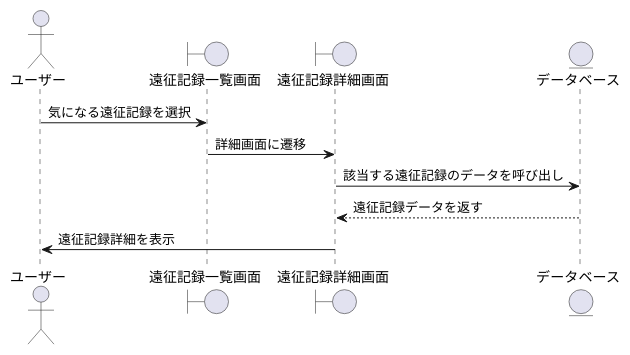
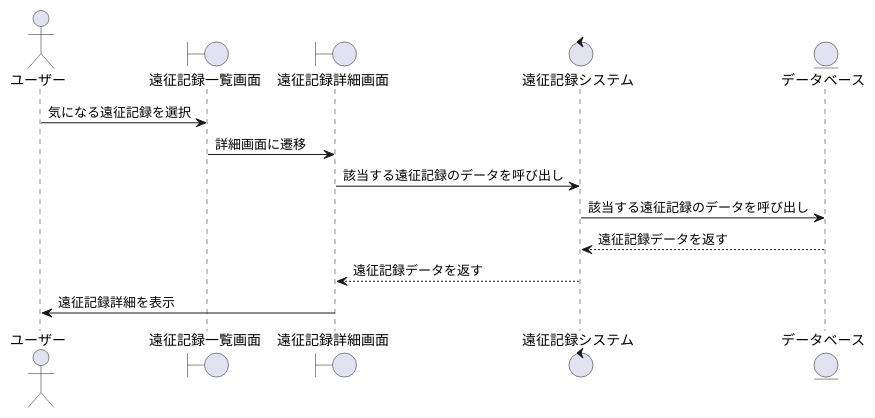
Before and after one commit to shoken3207/sotsuken: the diagram in シーケンス図/遠征記録/閲覧.pu, drawn with PlantUML. The commit also changed 7 other files, not shown here.

```diff
--- a/シーケンス図/遠征記録/閲覧.pu
+++ b/シーケンス図/遠征記録/閲覧.pu
@@ -1,13 +1,16 @@
 @startuml
 actor ユーザー as User
 boundary "遠征記録一覧画面" as ExpeditionList
 boundary "遠征記録詳細画面" as ExpeditionDetail
+control "遠征記録システム" as System
 entity "データベース" as DB
 
 User -> ExpeditionList: 気になる遠征記録を選択
 ExpeditionList -> ExpeditionDetail: 詳細画面に遷移
-ExpeditionDetail -> DB: 該当する遠征記録のデータを呼び出し
-DB --> ExpeditionDetail: 遠征記録データを返す
+ExpeditionDetail -> System: 該当する遠征記録のデータを呼び出し
+System -> DB: 該当する遠征記録のデータを呼び出し
+DB --> System: 遠征記録データを返す
+System --> ExpeditionDetail: 遠征記録データを返す
 ExpeditionDetail -> User: 遠征記録詳細を表示
 
 @enduml
```
